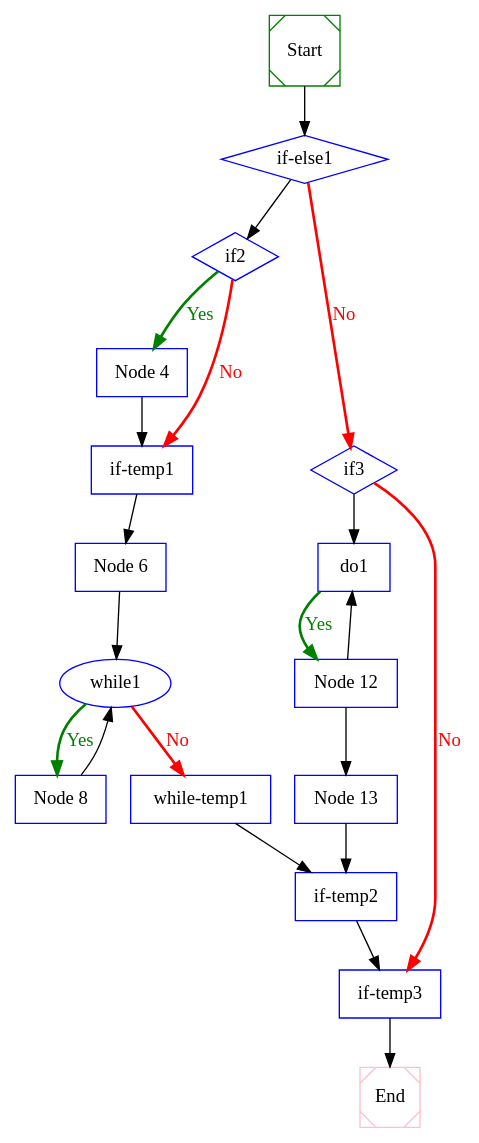
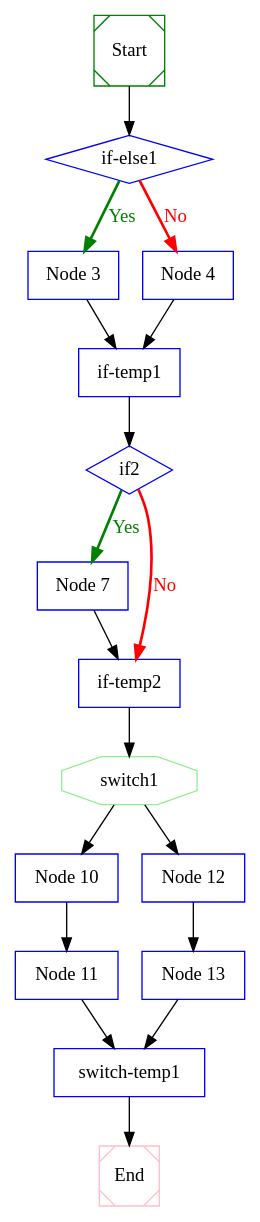
One commit to Naplues/Static-Analysis changed the diagram in out/test.dot. Above: the diagram before and after it, drawn with Graphviz. The commit also changed 10 other files, not shown here.

```diff
--- a/out/test.dot
+++ b/out/test.dot
@@ -1,54 +1,49 @@
 digraph CFG {
  1  [shape = Msquare, color = green, label = "Start", ]
  2  [shape = diamond, color = blue, label = "if-else1", ]
- 3  [shape = diamond, color = blue, label = "if2", ]
+ 3  [shape = box, color = blue, label = "Node 3", ]
  4  [shape = box, color = blue, label = "Node 4", ]
  5  [shape = box, color = blue, label = "if-temp1", ]
- 6  [shape = box, color = blue, label = "Node 6", ]
- 7  [shape = ellipse, color = blue, label = "while1", ]
- 8  [shape = box, color = blue, label = "Node 8", ]
- 9  [shape = box, color = blue, label = "while-temp1", ]
- 10  [shape = diamond, color = blue, label = "if3", ]
- 11  [shape = box, color = blue, label = "do1", ]
+ 6  [shape = diamond, color = blue, label = "if2", ]
+ 7  [shape = box, color = blue, label = "Node 7", ]
+ 8  [shape = box, color = blue, label = "if-temp2", ]
+ 9  [shape = octagon, color = lightgreen, label = "switch1", ]
+ 10  [shape = box, color = blue, label = "Node 10", ]
+ 11  [shape = box, color = blue, label = "Node 11", ]
  12  [shape = box, color = blue, label = "Node 12", ]
  13  [shape = box, color = blue, label = "Node 13", ]
- 14  [shape = box, color = blue, label = "if-temp2", ]
- 15  [shape = box, color = blue, label = "if-temp3", ]
- 16  [shape = Msquare, color = pink, label = "End", ]
+ 14  [shape = box, color = blue, label = "switch-temp1", ]
+ 15  [shape = Msquare, color = pink, label = "End", ]
  1  ->  2  [style = solid, label="", fillcolor = black, color = black, fontcolor = black]
 
- 2  ->  10  [style = bold, label="No", fillcolor = red, color = red, fontcolor = red]
- 2  ->  3  [style = solid, label="", fillcolor = black, color = black, fontcolor = black]
+ 2  ->  4  [style = bold, label="No", fillcolor = red, color = red, fontcolor = red]
+ 2  ->  3  [style = bold, label="Yes", fillcolor = green, color = green, fontcolor = green]
 
- 3  ->  5  [style = bold, label="No", fillcolor = red, color = red, fontcolor = red]
- 3  ->  4  [style = bold, label="Yes", fillcolor = green, color = green, fontcolor = green]
+ 3  ->  5  [style = solid, label="", fillcolor = black, color = black, fontcolor = black]
 
  4  ->  5  [style = solid, label="", fillcolor = black, color = black, fontcolor = black]
 
  5  ->  6  [style = solid, label="", fillcolor = black, color = black, fontcolor = black]
 
- 6  ->  7  [style = solid, label="", fillcolor = black, color = black, fontcolor = black]
+ 6  ->  8  [style = bold, label="No", fillcolor = red, color = red, fontcolor = red]
+ 6  ->  7  [style = bold, label="Yes", fillcolor = green, color = green, fontcolor = green]
 
- 7  ->  9  [style = bold, label="No", fillcolor = red, color = red, fontcolor = red]
- 7  ->  8  [style = bold, label="Yes", fillcolor = green, color = green, fontcolor = green]
+ 7  ->  8  [style = solid, label="", fillcolor = black, color = black, fontcolor = black]
 
- 8  ->  7  [style = solid, label="", fillcolor = black, color = black, fontcolor = black]
+ 8  ->  9  [style = solid, label="", fillcolor = black, color = black, fontcolor = black]
 
- 9  ->  14  [style = solid, label="", fillcolor = black, color = black, fontcolor = black]
+ 9  ->  12  [style = solid, label="", fillcolor = black, color = black, fontcolor = black]
+ 9  ->  10  [style = solid, label="", fillcolor = black, color = black, fontcolor = black]
 
- 10  ->  15  [style = bold, label="No", fillcolor = red, color = red, fontcolor = red]
  10  ->  11  [style = solid, label="", fillcolor = black, color = black, fontcolor = black]
 
- 11  ->  12  [style = bold, label="Yes", fillcolor = green, color = green, fontcolor = green]
+ 11  ->  14  [style = solid, label="", fillcolor = black, color = black, fontcolor = black]
 
- 12  ->  11  [style = solid, label="", fillcolor = black, color = black, fontcolor = black]
  12  ->  13  [style = solid, label="", fillcolor = black, color = black, fontcolor = black]
 
  13  ->  14  [style = solid, label="", fillcolor = black, color = black, fontcolor = black]
 
  14  ->  15  [style = solid, label="", fillcolor = black, color = black, fontcolor = black]
 
- 15  ->  16  [style = solid, label="", fillcolor = black, color = black, fontcolor = black]
-
 
 }
```
